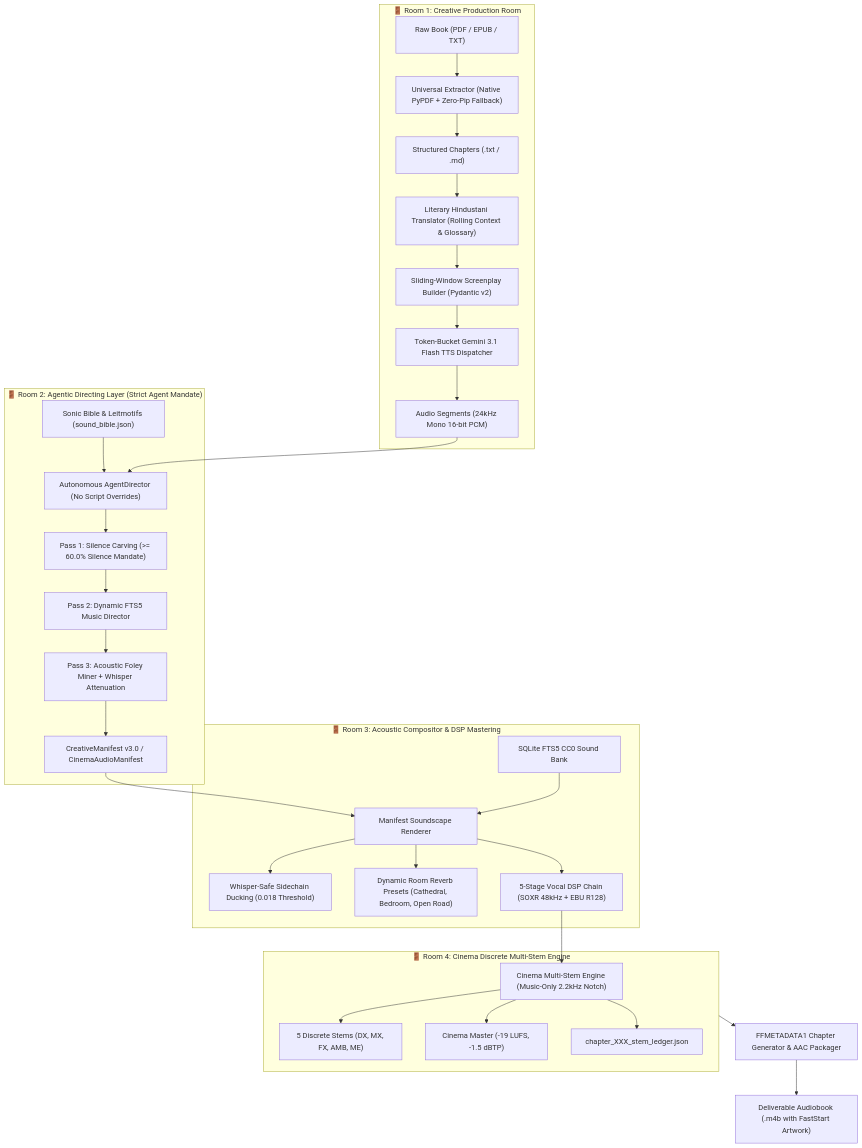
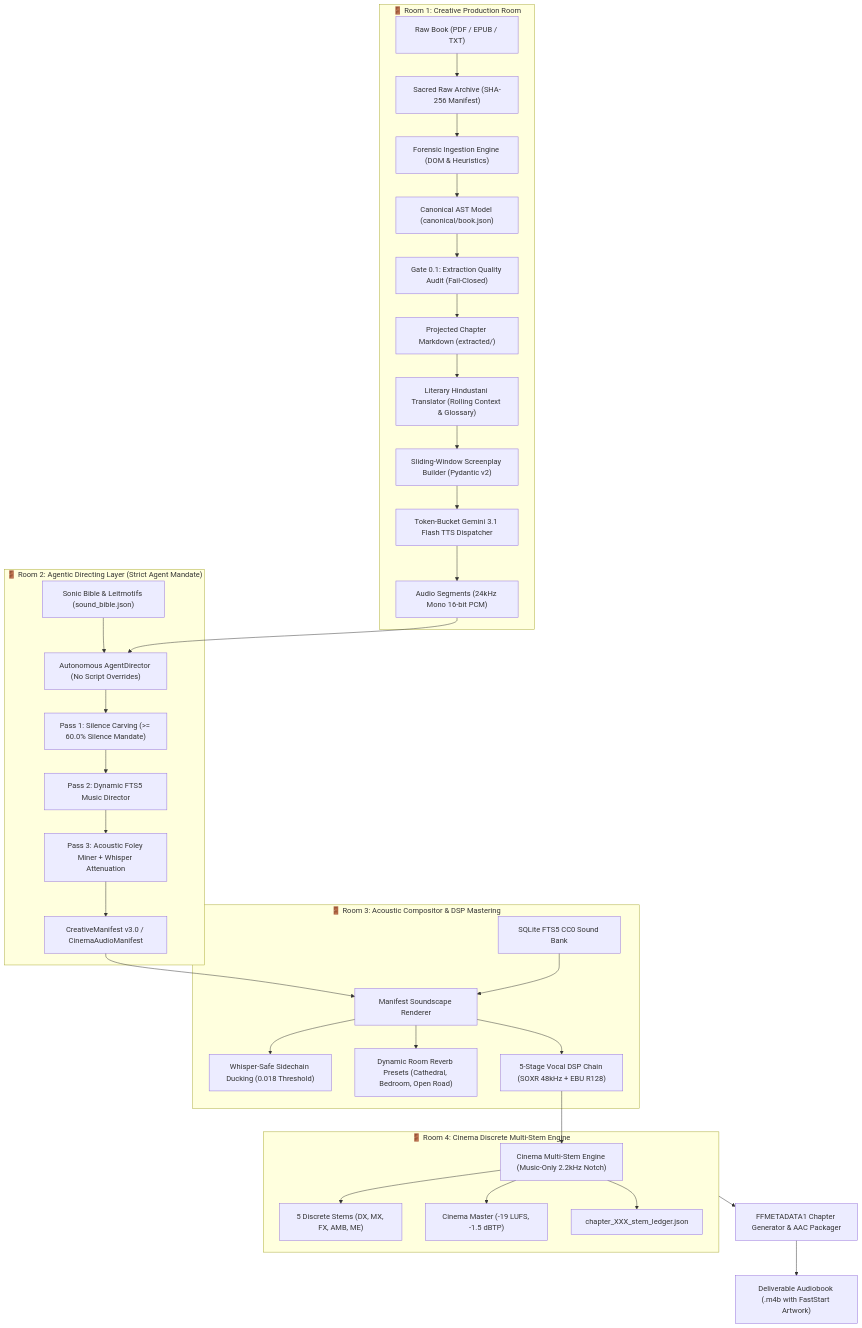
Before and after one commit to naksh-07/audiobook-maker: the diagram in README.md, drawn with Mermaid. The commit also changed other lines of this file and 5 other files, not shown here.

Commit message:
docs: add comprehensive forensic document ingestion manual (ADR-029) and update architecture docs

````diff
--- a/README.md
+++ b/README.md
@@ -25,38 +25,41 @@
 ```mermaid
 flowchart TD
     subgraph Room1["🚪 Room 1: Creative Production Room"]
-        Book["Raw Book (PDF / EPUB / TXT)"] --> Extractor["Universal Extractor (Native PyPDF + Zero-Pip Fallback)"]
-        Extractor --> Chapters["Structured Chapters (.txt / .md)"]
+        Book["Raw Book (PDF / EPUB / TXT)"] --> RawArchive["Sacred Raw Archive (SHA-256 Manifest)"]
+        RawArchive --> Extractor["Forensic Ingestion Engine (DOM & Heuristics)"]
+        Extractor --> AST["Canonical AST Model (canonical/book.json)"]
+        AST --> Gate01["Gate 0.1: Extraction Quality Audit (Fail-Closed)"]
+        Gate01 --> Chapters["Projected Chapter Markdown (extracted/)"]
         Chapters --> Translator["Literary Hindustani Translator (Rolling Context & Glossary)"]
         Translator --> ScriptBuilder["Sliding-Window Screenplay Builder (Pydantic v2)"]
         ScriptBuilder --> Dispatcher["Token-Bucket Gemini 3.1 Flash TTS Dispatcher"]
         Dispatcher --> AudioChunks["Audio Segments (24kHz Mono 16-bit PCM)"]
     end
 
     subgraph Room2["🚪 Room 2: Agentic Directing Layer (Strict Agent Mandate)"]
         Bible["Sonic Bible & Leitmotifs (sound_bible.json)"] --> Director["Autonomous AgentDirector (No Script Overrides)"]
         AudioChunks --> Director
         Director --> SilenceCarve["Pass 1: Silence Carving (>= 60.0% Silence Mandate)"]
         SilenceCarve --> MusicDir["Pass 2: Dynamic FTS5 Music Director"]
         MusicDir --> FoleyMiner["Pass 3: Acoustic Foley Miner + Whisper Attenuation"]
         FoleyMiner --> Manifest["CreativeManifest v3.0 / CinemaAudioManifest"]
     end
 
     subgraph Room3["🚪 Room 3: Acoustic Compositor & DSP Mastering"]
         Manifest --> Renderer["Manifest Soundscape Renderer"]
         SoundBank["SQLite FTS5 CC0 Sound Bank"] --> Renderer
         Renderer --> Ducking["Whisper-Safe Sidechain Ducking (0.018 Threshold)"]
         Renderer --> Reverb["Dynamic Room Reverb Presets (Cathedral, Bedroom, Open Road)"]
         Renderer --> VocalDSP["5-Stage Vocal DSP Chain (SOXR 48kHz + EBU R128)"]
     end
 
     subgraph Room4["🚪 Room 4: Cinema Discrete Multi-Stem Engine"]
         VocalDSP --> CinemaEngine["Cinema Multi-Stem Engine (Music-Only 2.2kHz Notch)"]
         CinemaEngine --> Stems["5 Discrete Stems (DX, MX, FX, AMB, ME)"]
         CinemaEngine --> Master["Cinema Master (-19 LUFS, -1.5 dBTP)"]
         CinemaEngine --> Ledger["chapter_XXX_stem_ledger.json"]
     end
 
     Room4 --> Packager["FFMETADATA1 Chapter Generator & AAC Packager"]
     Packager --> M4B["Deliverable Audiobook (.m4b with FastStart Artwork)"]
 ```
````
